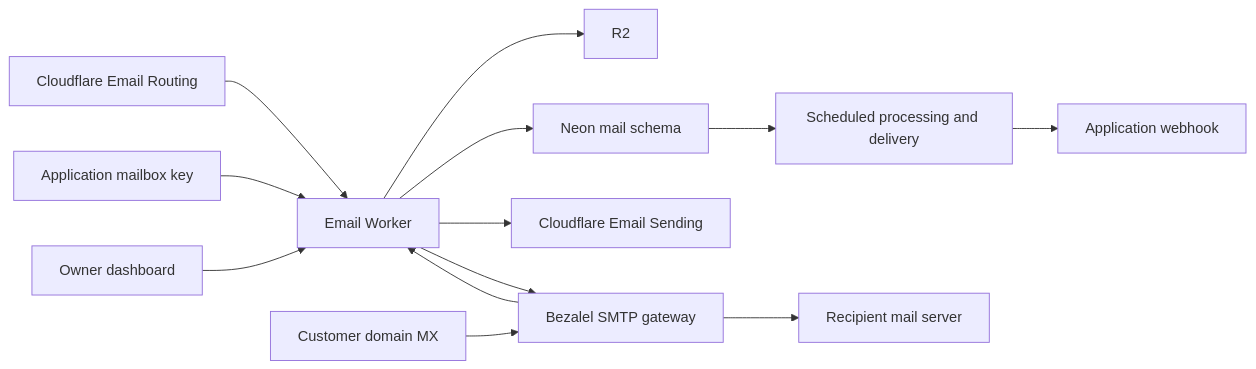
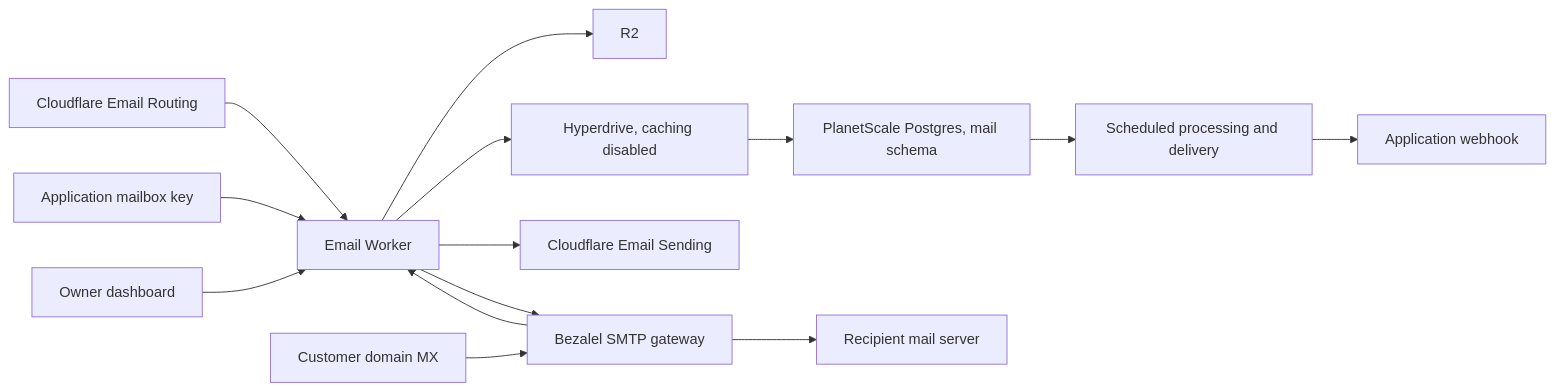
Before and after one commit to boringcomputers/goshen-email: the diagram in apps/email/README.md, drawn with Mermaid. The commit also changed other lines of this file and 24 other files, not shown here.

Commit message:
Use PlanetScale Postgres through Cloudflare Hyperdrive

````diff
--- a/apps/email/README.md
+++ b/apps/email/README.md
@@ -16,15 +16,16 @@
 ```mermaid
 flowchart LR
   inbound[Cloudflare Email Routing] --> worker[Email Worker]
   worker --> objects[R2]
-  worker --> database[Neon mail schema]
+  worker --> hyperdrive[Hyperdrive, caching disabled]
+  hyperdrive --> database[PlanetScale Postgres, mail schema]
   database --> retry[Scheduled processing and delivery]
   retry --> ingress[Application webhook]
   agent[Application mailbox key] --> worker
   dashboard[Owner dashboard] --> worker
   worker --> outbound[Cloudflare Email Sending]
   custom[Customer domain MX] --> gateway[Bezalel SMTP gateway]
   gateway --> worker
   worker --> gateway
   gateway --> recipient[Recipient mail server]
 ```
````
